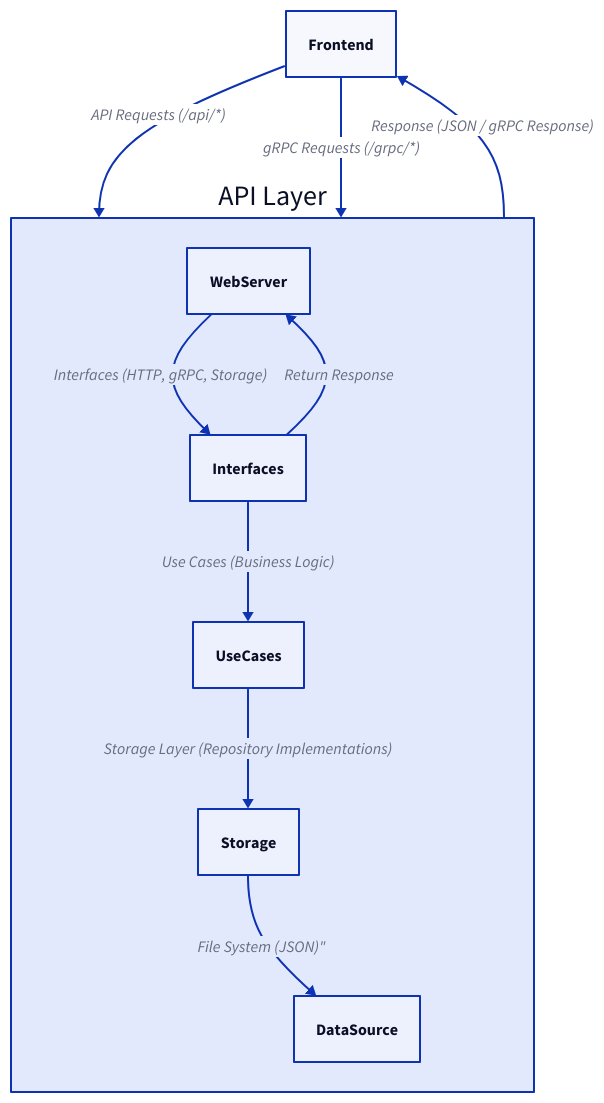
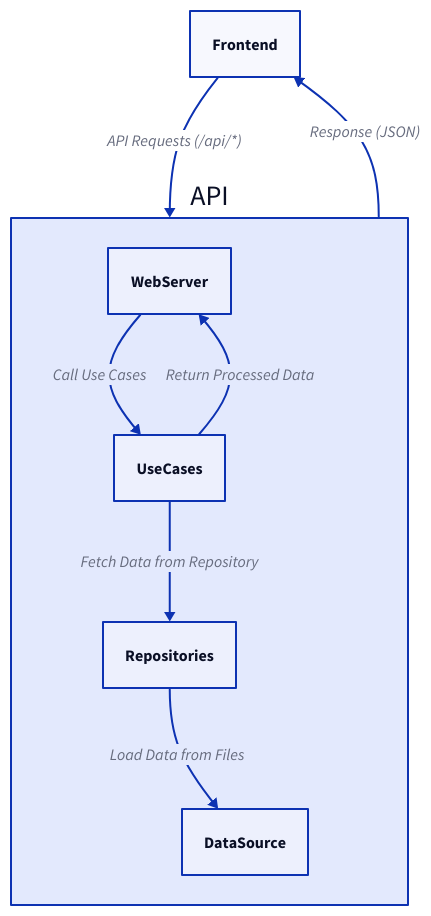
The diagram in docs/desing/diagram.d2 (ioaiaaii/ioaiaaii.net), drawn with D2 before and after one commit. The commit also changed other lines of this file and 11 other files, not shown here.

```diff
--- a/docs/desing/diagram.d2
+++ b/docs/desing/diagram.d2
@@ -1,15 +1,12 @@
 Frontend -> API: "API Requests (/api/*)"
-Frontend -> API: "gRPC Requests (/grpc/*)"
+API: {
+  label: "API"
 
-API: {
-    label: "API Layer"
-
-    WebServer -> Interfaces: "Interfaces (HTTP, gRPC, Storage)"
-    Interfaces -> UseCases: "Use Cases (Business Logic)"
-    UseCases -> Storage: "Storage Layer (Repository Implementations)"
-    Storage -> DataSource: File System (JSON)"
-
-    WebServer <- Interfaces: "Return Response"
+  WebServer -> UseCases: "Call Use Cases"
+  UseCases -> Repositories: "Fetch Data from Repository"
+  Repositories -> DataSource: "Load Data from Files"
+  
+  WebServer <- UseCases: "Return Processed Data"  
 }
 
-API -> Frontend: "Response (JSON / gRPC Response)"
+API -> Frontend: "Response (JSON)"
```
